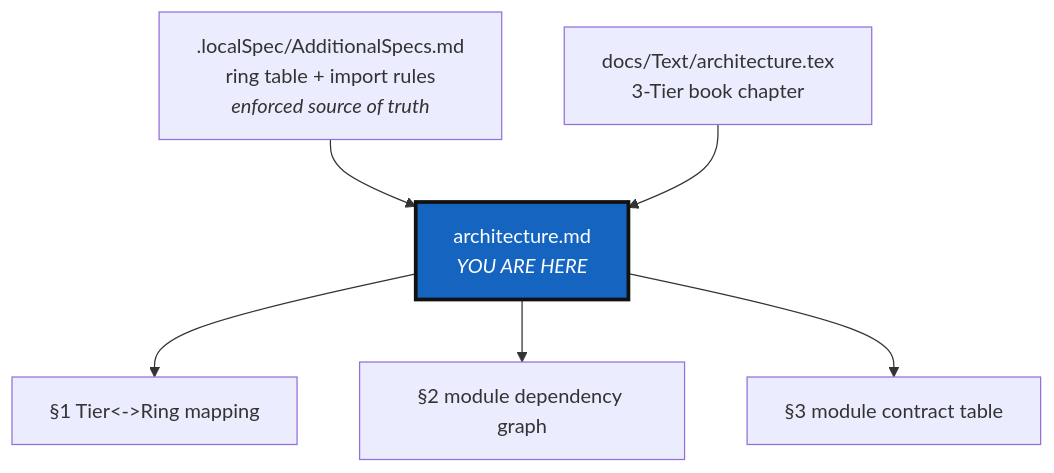
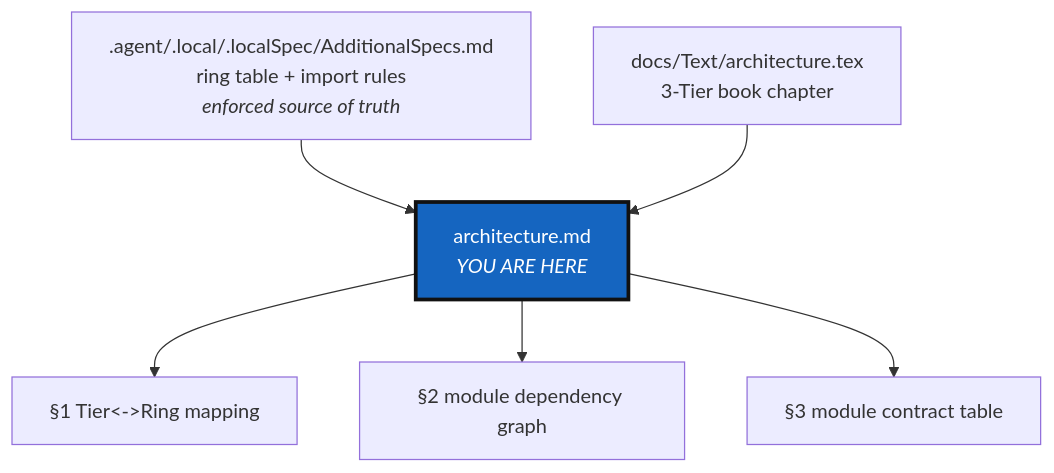
Before and after one commit to flipoyo/DocComplexGitSync: the first of 3 diagrams in DevGuide/architecture.md, drawn with Mermaid. The commit also changed other lines of this file and 1 other file, not shown here.

````diff
--- a/DevGuide/architecture.md
+++ b/DevGuide/architecture.md
@@ -43,11 +43,11 @@
 ```mermaid
 graph TD
-    AUDIT[".localSpec/AdditionalSpecs.md<br/>ring table + import rules<br/><i>enforced source of truth</i>"] --> ARCH["architecture.md<br/><i>YOU ARE HERE</i>"]
+    AUDIT[".agent/.local/.localSpec/AdditionalSpecs.md<br/>ring table + import rules<br/><i>enforced source of truth</i>"] --> ARCH["architecture.md<br/><i>YOU ARE HERE</i>"]
     TEX["docs/Text/architecture.tex<br/>3-Tier book chapter"] --> ARCH
     ARCH --> MAP["§1 Tier<->Ring mapping"]
     ARCH --> GRAPH["§2 module dependency graph"]
     ARCH --> TABLE["§3 module contract table"]
 
     classDef here fill:#1565C0,color:#fff,stroke:#111,stroke-width:3px;
     class ARCH here;
 ```
````
